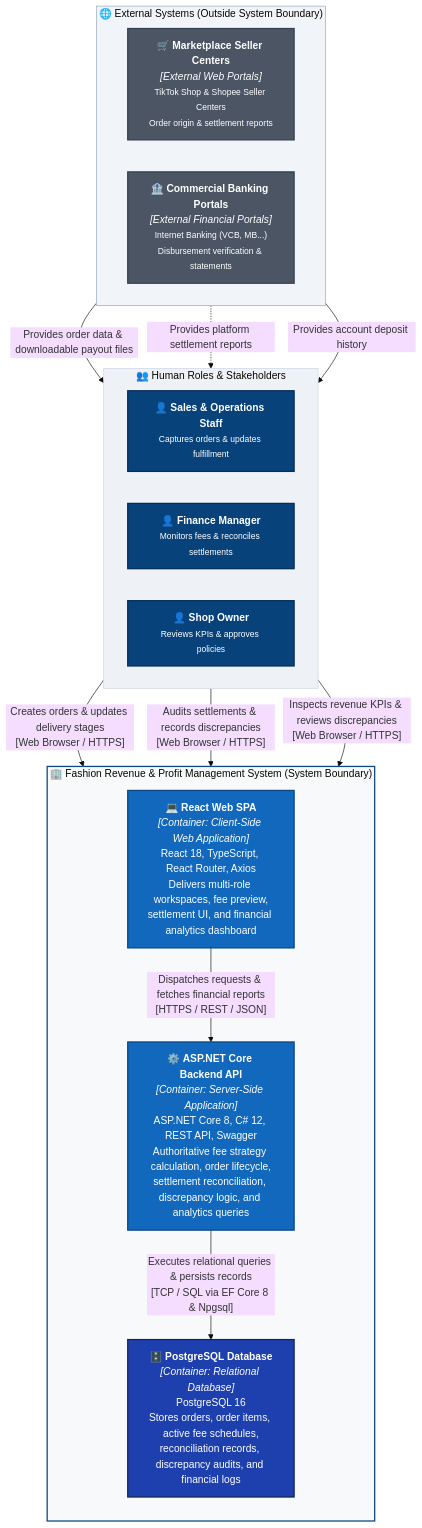
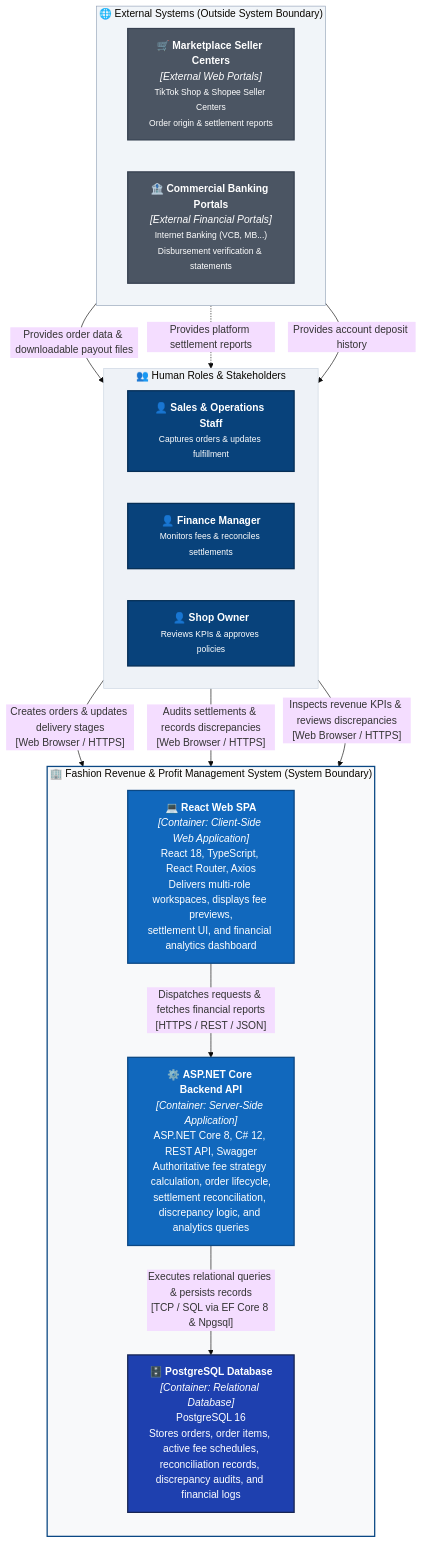
Before and after one commit to duchoa0405/Quanly_DoanhThu_LoiNhuan_DangDucHoa_VSF: the diagram in docs/architecture/c4-container_en.md, drawn with Mermaid (base theme). The commit also changed other lines of this file and 12 other files, not shown here.

Commit message:
docs(architecture): lock C4 Level 1-3 specifications, add arc42 skeleton, and clean up duplicate documentation

````diff
--- a/docs/architecture/c4-container_en.md
+++ b/docs/architecture/c4-container_en.md
@@ -56,57 +57,57 @@
 ```mermaid
 flowchart TB
     %% Human Actors (from P01 Context)
     subgraph Actors [" 👥 Human Roles & Stakeholders "]
         direction LR
         sales["👤 <b>Sales & Operations Staff</b><br/><small>Captures orders & updates fulfillment</small>"]
         fin["👤 <b>Finance Manager</b><br/><small>Monitors fees & reconciles settlements</small>"]
         owner["👤 <b>Shop Owner</b><br/><small>Reviews KPIs & approves policies</small>"]
     end
 
     %% External Operational Systems (from P01 Context)
     subgraph ExternalSystems [" 🌐 External Systems (Outside System Boundary) "]
         direction LR
         mktPlace["🛒 <b>Marketplace Seller Centers</b><br/><i>[External Web Portals]</i><br/><small>TikTok Shop & Shopee Seller Centers<br/>Order origin & settlement reports</small>"]
         bankPortal["🏦 <b>Commercial Banking Portals</b><br/><i>[External Financial Portals]</i><br/><small>Internet Banking (VCB, MB...)<br/>Disbursement verification & statements</small>"]
     end
 
     %% System Boundary containing the 3 Core Containers
     subgraph SystemBoundary [" 🏢 Fashion Revenue & Profit Management System (System Boundary) "]
         direction TB
 
-        spa["💻 <b>React Web SPA</b><br/><i>[Container: Client-Side Web Application]</i><br/>React 18, TypeScript, React Router, Axios<br/>Delivers multi-role workspaces, fee preview,<br/>settlement UI, and financial analytics dashboard"]
+        spa["💻 <b>React Web SPA</b><br/><i>[Container: Client-Side Web Application]</i><br/>React 18, TypeScript, React Router, Axios<br/>Delivers multi-role workspaces, displays fee previews,<br/>settlement UI, and financial analytics dashboard"]
 
         api["⚙️ <b>ASP.NET Core Backend API</b><br/><i>[Container: Server-Side Application]</i><br/>ASP.NET Core 8, C# 12, REST API, Swagger<br/>Authoritative fee strategy calculation, order lifecycle,<br/>settlement reconciliation, discrepancy logic, and analytics queries"]
 
         db["🗄️ <b>PostgreSQL Database</b><br/><i>[Container: Relational Database]</i><br/>PostgreSQL 16<br/>Stores orders, order items, active fee schedules,<br/>reconciliation records, discrepancy audits, and financial logs"]
     end
 
     %% Human Interactions with SPA
     sales -->|"Creates orders & updates delivery stages<br/>[Web Browser / HTTPS]"| spa
     fin -->|"Audits settlements & records discrepancies<br/>[Web Browser / HTTPS]"| spa
     owner -->|"Inspects revenue KPIs & reviews discrepancies<br/>[Web Browser / HTTPS]"| spa
 
     %% External System interactions via Human Roles (Manual MVP Workflow)
     mktPlace -->|"Provides order data & downloadable payout files"| sales
     mktPlace -.->|"Provides platform settlement reports"| fin
     bankPortal -->|"Provides account deposit history"| fin
 
     %% Internal Container-to-Container Communications (Architectural Invariant)
     spa -->|"Dispatches requests & fetches financial reports<br/>[HTTPS / REST / JSON]"| api
     api -->|"Executes relational queries & persists records<br/>[TCP / SQL via EF Core 8 & Npgsql]"| db
 
     %% Visual Styling
     classDef personStyle fill:#08427b,stroke:#052e56,color:#ffffff,stroke-width:2px;
     classDef containerStyle fill:#1168bd,stroke:#0b4884,color:#ffffff,stroke-width:2px;
     classDef dbStyle fill:#1e40af,stroke:#172554,color:#ffffff,stroke-width:2px;
     classDef extStyle fill:#4b5563,stroke:#374151,color:#ffffff,stroke-width:2px;
 
     class sales,fin,owner personStyle;
     class spa,api containerStyle;
     class db dbStyle;
     class mktPlace,bankPortal extStyle;
 
     style SystemBoundary fill:#f8f9fa,stroke:#0b4884,stroke-width:2px;
     style Actors fill:#eef2f7,stroke:#cbd5e1,stroke-width:1px;
     style ExternalSystems fill:#f1f5f9,stroke:#94a3b8,stroke-width:1px;
 ```
````
